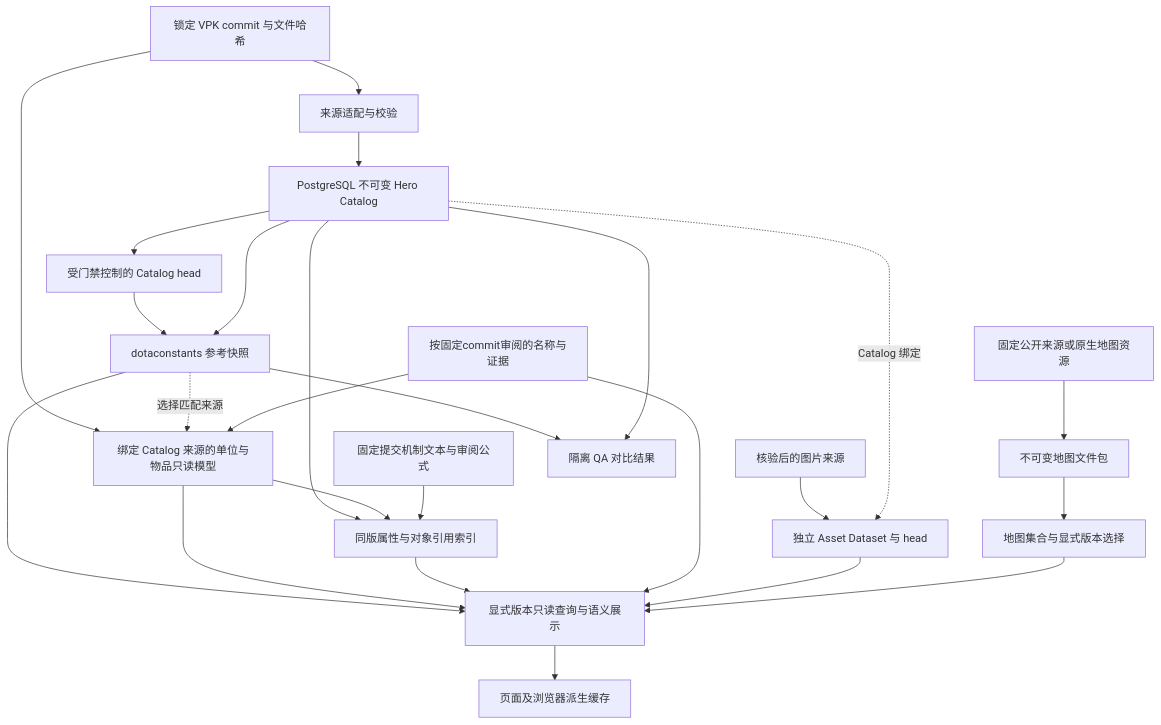
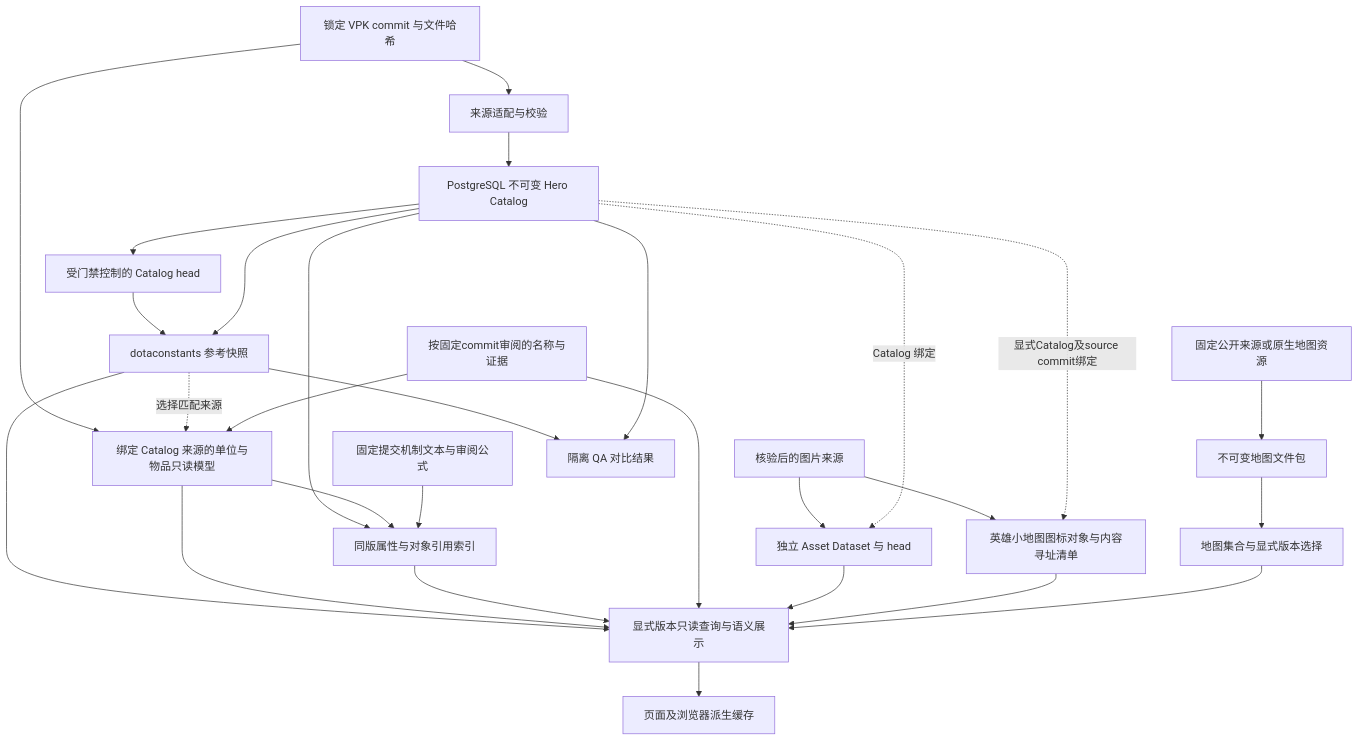
One commit to CharlesLiuyx/Medota2 changed the first of 2 diagrams in docs/architecture/data-flow.md. Above: the diagram before and after it, drawn with Mermaid. The commit also changed other lines of this file and 52 other files, not shown here.

````diff
--- a/docs/architecture/data-flow.md
+++ b/docs/architecture/data-flow.md
@@ -7,27 +7,30 @@
 ```mermaid
 flowchart TD
     V[锁定 VPK commit 与文件哈希] --> I[来源适配与校验]
     I --> C[PostgreSQL 不可变 Hero Catalog]
     C --> H[受门禁控制的 Catalog head]
     H --> R[默认Release入口]
     C --> R
     R --> W[显式版本只读查询与语义展示]
     V --> U[绑定 Catalog 来源的单位与物品只读模型]
     R -. 选择匹配来源 .-> U
     U --> W
     C --> T[同版属性与对象引用索引]
     U --> T
     E[固定提交机制文本与审阅公式] --> T
     T --> W
     N[按固定commit审阅的名称与证据] --> U
     N --> W
     P[核验后的图片来源] --> A[独立 Asset Dataset 与 head]
     C -. Catalog 绑定 .-> A
     A --> W
+    P --> MI[英雄小地图图标对象与内容寻址清单]
+    C -. 显式Catalog及source commit绑定 .-> MI
+    MI --> W
     M[固定公开来源或原生地图资源] --> D[不可变地图文件包]
     D --> S[地图集合与显式版本选择]
     S --> W
     W --> B[页面及浏览器派生缓存]
     R[dotaconstants 参考快照] --> Q[隔离 QA 对比结果]
     C --> Q
 ```
````
